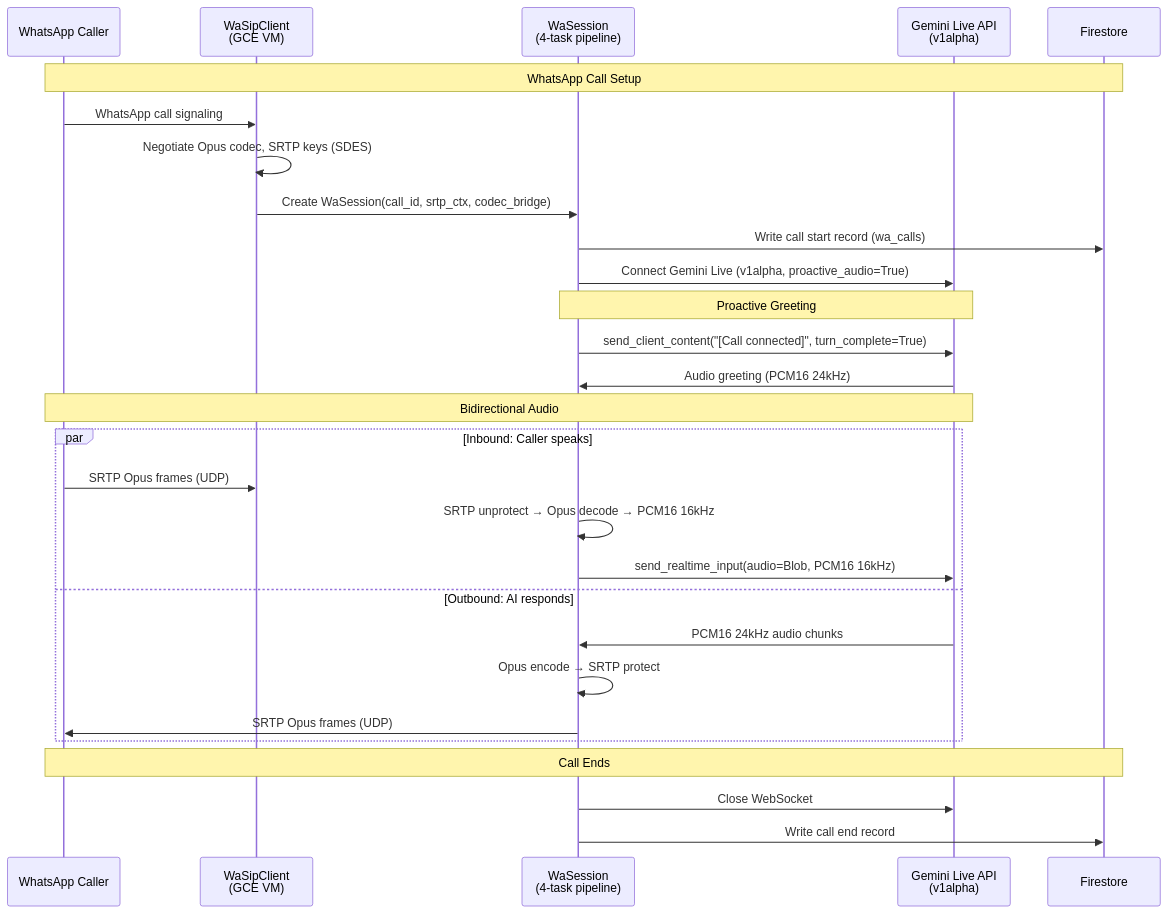
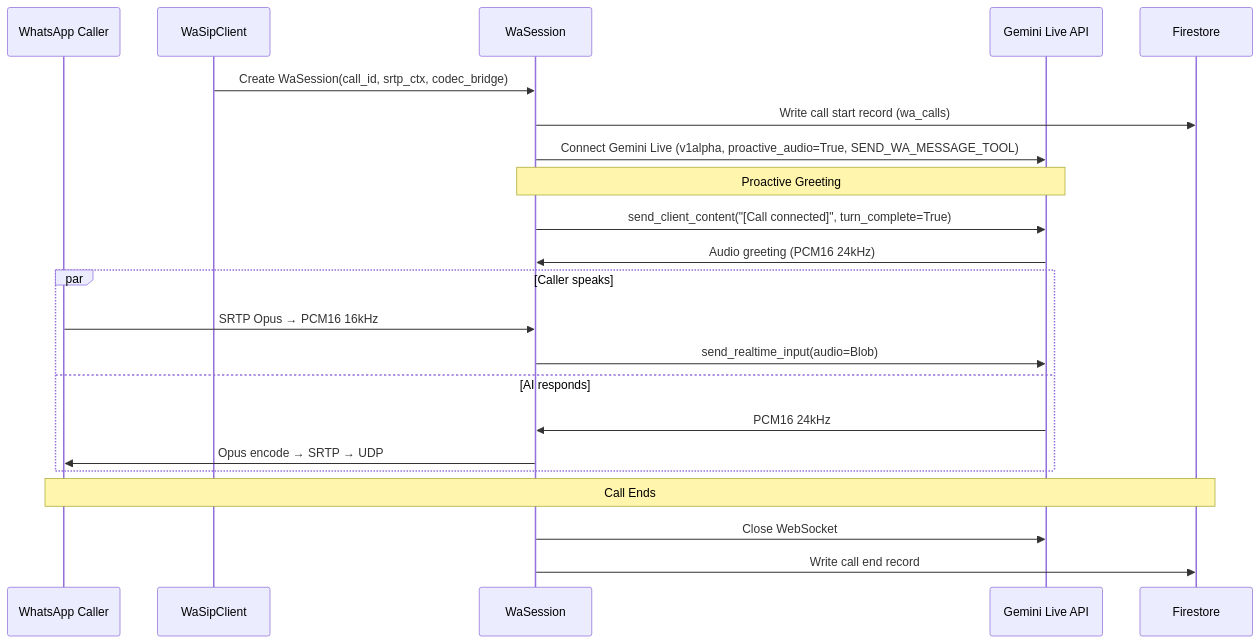
The fifth of 8 diagrams in docs/architecture/04-telephony.md (ogabasseyy/ekaette), drawn with Mermaid before and after one commit. The commit also changed other lines of this file and 32 other files, not shown here.

````diff
--- a/docs/architecture/04-telephony.md
+++ b/docs/architecture/04-telephony.md
@@ -157,35 +257,28 @@
 ```mermaid
 sequenceDiagram
     participant WA as WhatsApp Caller
-    participant WA_SIP as WaSipClient<br/>(GCE VM)
-    participant WA_SESS as WaSession<br/>(4-task pipeline)
-    participant GEMINI as Gemini Live API<br/>(v1alpha)
+    participant WA_SIP as WaSipClient
+    participant WA_SESS as WaSession
+    participant GEMINI as Gemini Live API
     participant FS as Firestore
 
-    Note over WA,FS: WhatsApp Call Setup
-    WA->>WA_SIP: WhatsApp call signaling
-    WA_SIP->>WA_SIP: Negotiate Opus codec, SRTP keys (SDES)
     WA_SIP->>WA_SESS: Create WaSession(call_id, srtp_ctx, codec_bridge)
     WA_SESS->>FS: Write call start record (wa_calls)
-    WA_SESS->>GEMINI: Connect Gemini Live (v1alpha, proactive_audio=True)
+    WA_SESS->>GEMINI: Connect Gemini Live (v1alpha, proactive_audio=True, SEND_WA_MESSAGE_TOOL)
 
     Note over WA_SESS,GEMINI: Proactive Greeting
     WA_SESS->>GEMINI: send_client_content("[Call connected]", turn_complete=True)
     GEMINI->>WA_SESS: Audio greeting (PCM16 24kHz)
 
-    Note over WA,GEMINI: Bidirectional Audio
-
-    par Inbound: Caller speaks
-        WA->>WA_SIP: SRTP Opus frames (UDP)
-        WA_SESS->>WA_SESS: SRTP unprotect → Opus decode → PCM16 16kHz
-        WA_SESS->>GEMINI: send_realtime_input(audio=Blob, PCM16 16kHz)
-    and Outbound: AI responds
-        GEMINI->>WA_SESS: PCM16 24kHz audio chunks
-        WA_SESS->>WA_SESS: Opus encode → SRTP protect
-        WA_SESS->>WA: SRTP Opus frames (UDP)
+    par Caller speaks
+        WA->>WA_SESS: SRTP Opus → PCM16 16kHz
+        WA_SESS->>GEMINI: send_realtime_input(audio=Blob)
+    and AI responds
+        GEMINI->>WA_SESS: PCM16 24kHz
+        WA_SESS->>WA: Opus encode → SRTP → UDP
     end
 
     Note over WA,FS: Call Ends
     WA_SESS->>GEMINI: Close WebSocket
     WA_SESS->>FS: Write call end record
 ```
````
